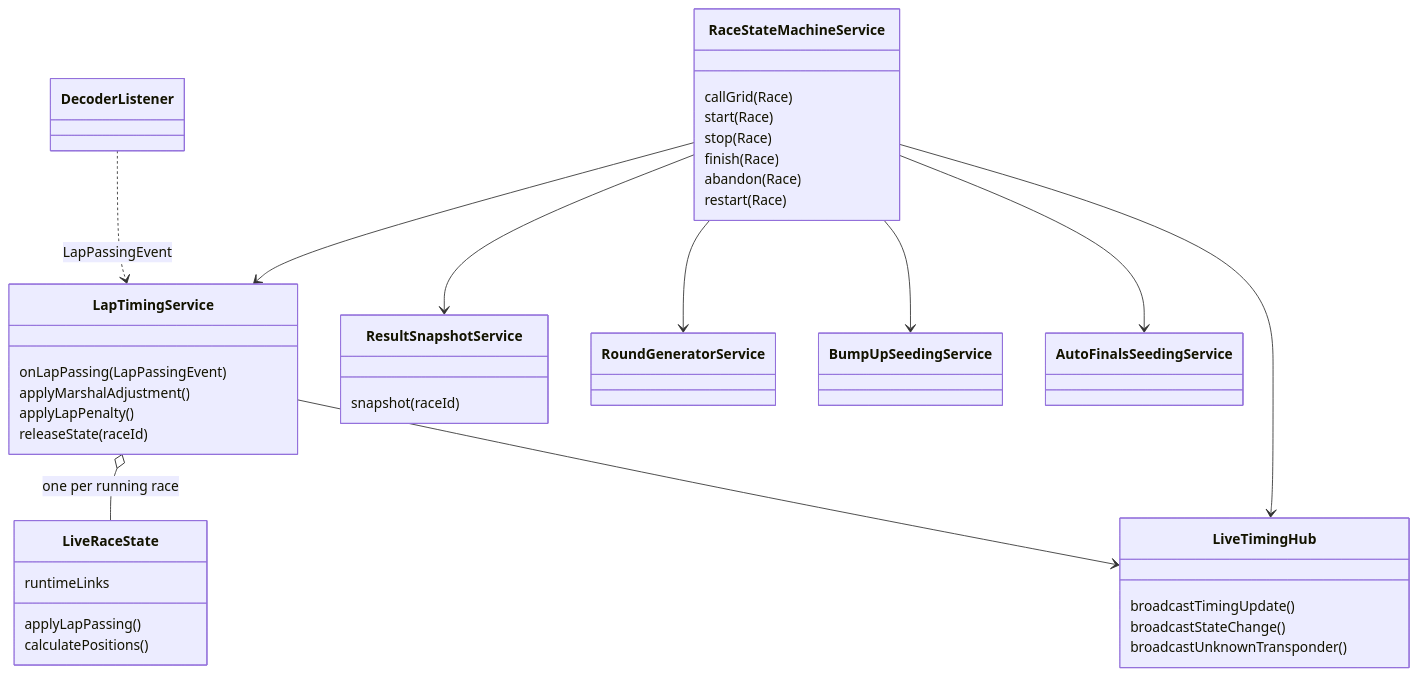
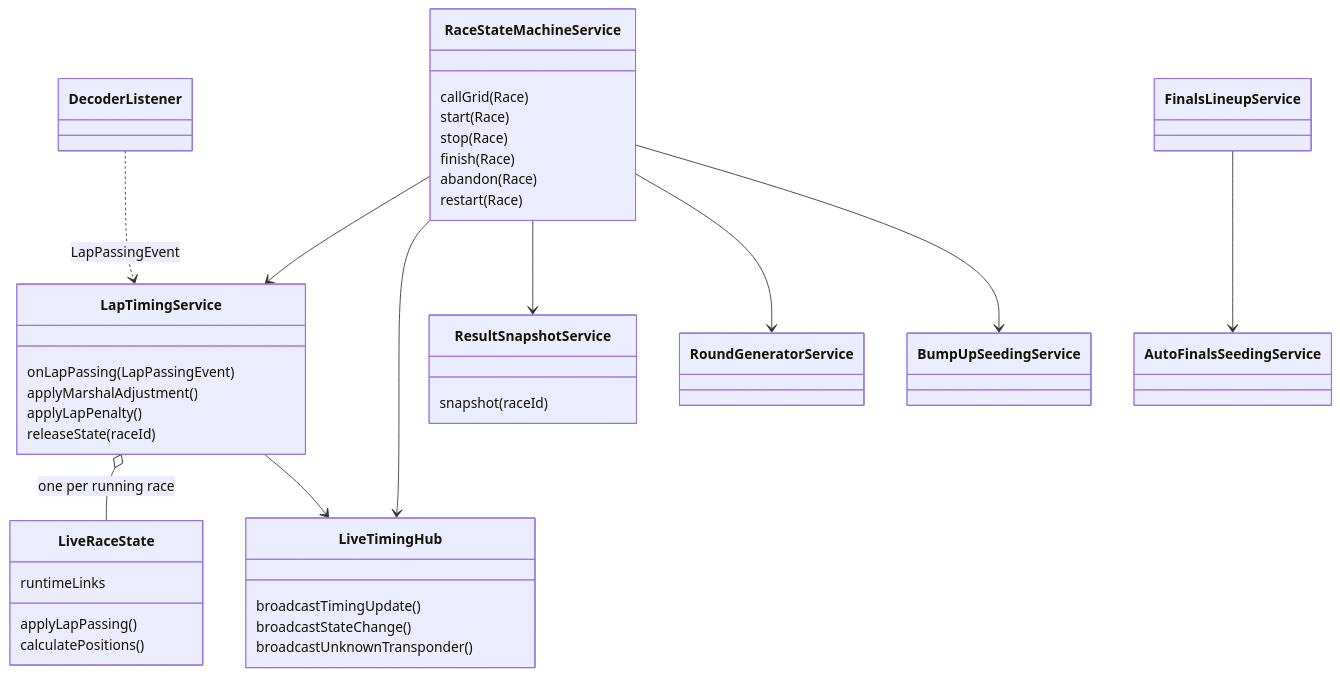
The second of 3 diagrams in docs/developer/domain-model.md (RCRaceHub/RCTimingControl), drawn with Mermaid before and after one commit. The commit also changed 28 other files, not shown here.

````diff
--- a/docs/developer/domain-model.md
+++ b/docs/developer/domain-model.md
@@ -105,45 +105,46 @@
 ```mermaid
 classDiagram
     direction TB
     class RaceStateMachineService {
         callGrid(Race)
         start(Race)
         stop(Race)
         finish(Race)
         abandon(Race)
         restart(Race)
     }
     class LapTimingService {
         onLapPassing(LapPassingEvent)
         applyMarshalAdjustment()
         applyLapPenalty()
         releaseState(raceId)
     }
     class LiveRaceState {
         applyLapPassing()
         calculatePositions()
         runtimeLinks
     }
     class LiveTimingHub {
         broadcastTimingUpdate()
         broadcastStateChange()
         broadcastUnknownTransponder()
     }
     class ResultSnapshotService {
         snapshot(raceId)
     }
     class RoundGeneratorService
     class BumpUpSeedingService
     class AutoFinalsSeedingService
+    class FinalsLineupService
     class DecoderListener
 
     DecoderListener ..> LapTimingService : LapPassingEvent
     LapTimingService o-- LiveRaceState : one per running race
     LapTimingService --> LiveTimingHub
     RaceStateMachineService --> LapTimingService
     RaceStateMachineService --> LiveTimingHub
     RaceStateMachineService --> ResultSnapshotService
     RaceStateMachineService --> RoundGeneratorService
     RaceStateMachineService --> BumpUpSeedingService
-    RaceStateMachineService --> AutoFinalsSeedingService
+    FinalsLineupService --> AutoFinalsSeedingService
 ```
````
